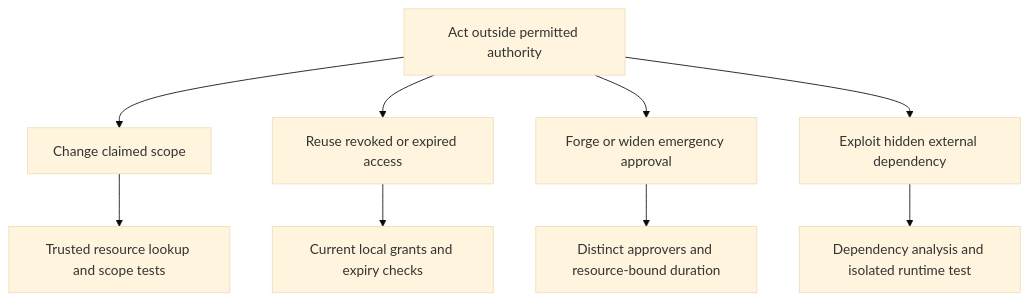
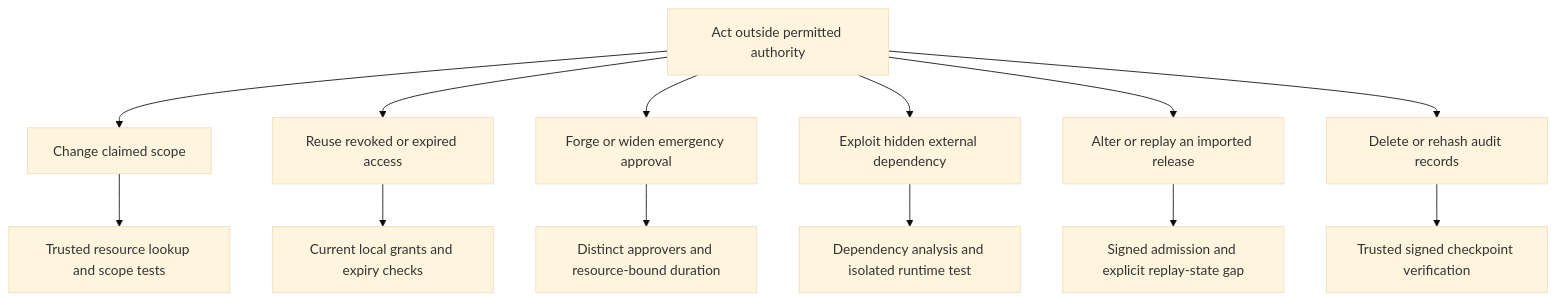
The diagram in docs/threat-model.md (cybersmeashish/sovereign-disconnected-cloud-security), drawn with Mermaid (base theme) before and after one commit. The commit also changed other lines of this file and 82 other files, not shown here.

````diff
--- a/docs/threat-model.md
+++ b/docs/threat-model.md
@@ -24,11 +28,15 @@
 ```mermaid
 flowchart TD
   G[Act outside permitted authority] --> S[Change claimed scope]
   G --> R[Reuse revoked or expired access]
   G --> E[Forge or widen emergency approval]
   G --> D[Exploit hidden external dependency]
+  G --> P[Alter or replay an imported release]
+  G --> L[Delete or rehash audit records]
   S --> C[Trusted resource lookup and scope tests]
   R --> V[Current local grants and expiry checks]
   E --> A[Distinct approvers and resource-bound duration]
   D --> I[Dependency analysis and isolated runtime test]
+  P --> Q[Signed admission and explicit replay-state gap]
+  L --> T[Trusted signed checkpoint verification]
 ```
````
